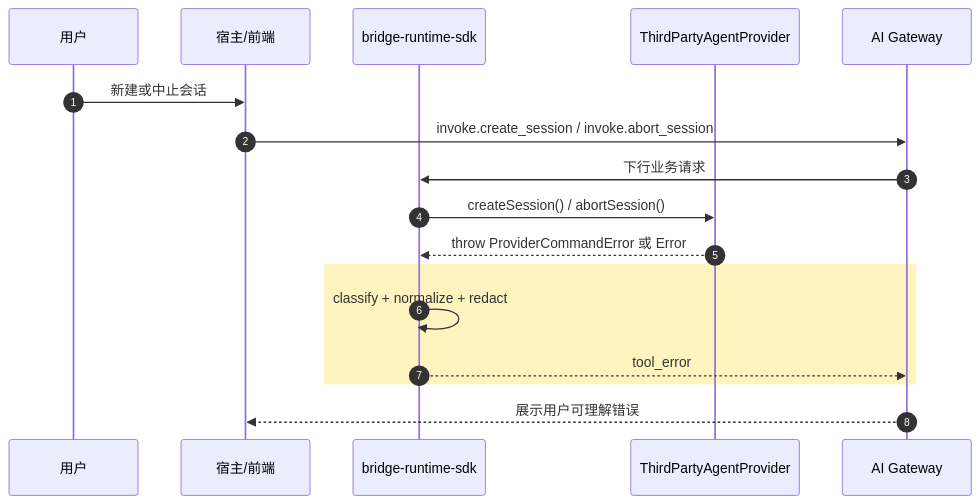
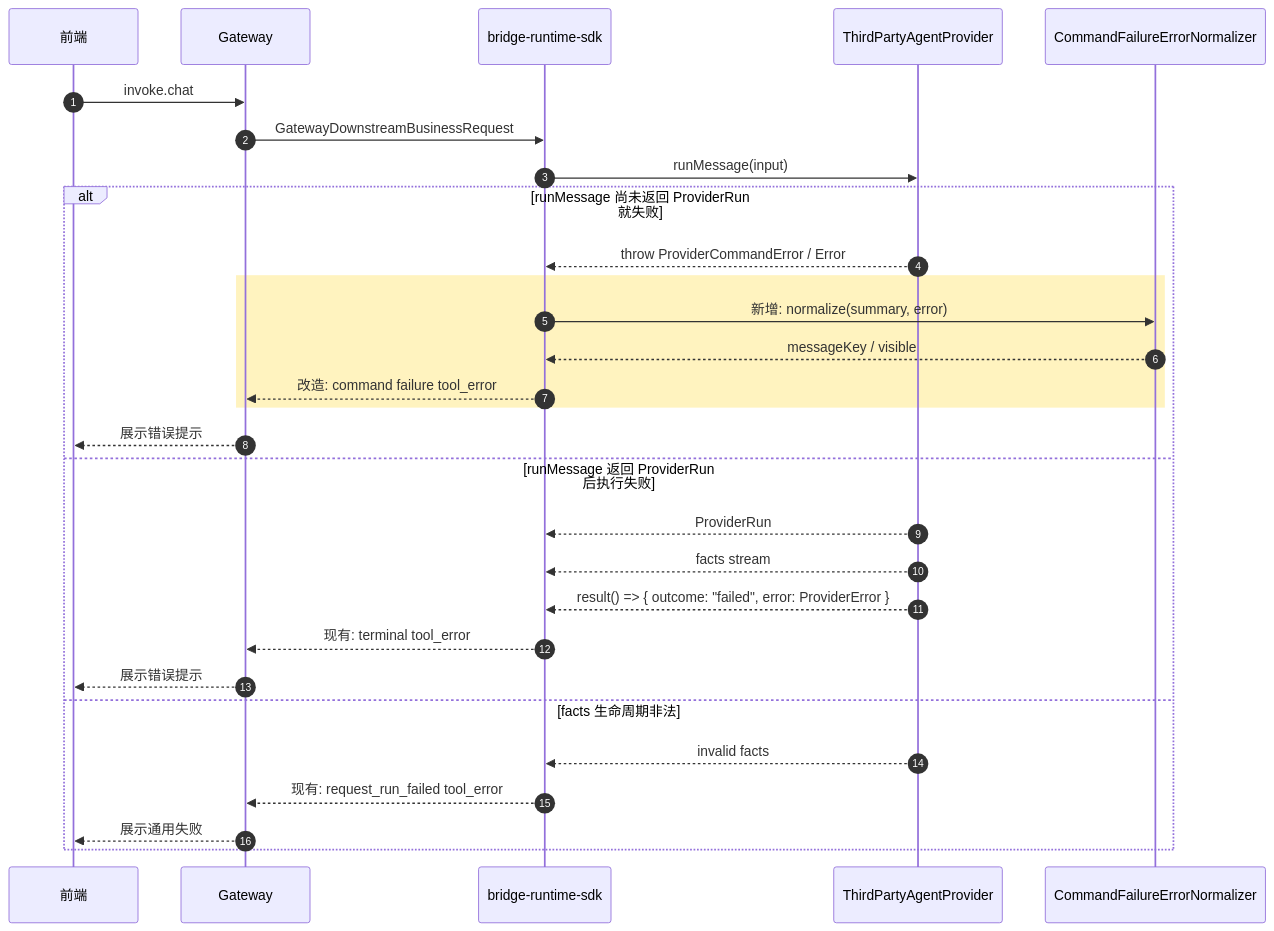
The third of 5 diagrams in docs/design/bridge-runtime-sdk-tool-error-exception-solution.md (yuzhangCZ/agent-plugin), drawn with Mermaid before and after one commit. The commit also changed other lines of this file, not shown here.

Commit message:
docs: refine provider api error handling plan

````diff
--- a/docs/design/bridge-runtime-sdk-tool-error-exception-solution.md
+++ b/docs/design/bridge-runtime-sdk-tool-error-exception-solution.md
@@ -110,20 +123,32 @@
 ```mermaid
 sequenceDiagram
     autonumber
-    participant User as 用户
-    participant Host as 宿主/前端
+    participant FE as 前端
+    participant GW as Gateway
     participant SDK as bridge-runtime-sdk
-    participant Provider as ThirdPartyAgentProvider
-    participant Gateway as AI Gateway
+    participant P as ThirdPartyAgentProvider
+    participant N as CommandFailureErrorNormalizer
 
-    User->>Host: 新建或中止会话
-    Host->>Gateway: invoke.create_session / invoke.abort_session
-    Gateway->>SDK: 下行业务请求
-    SDK->>Provider: createSession() / abortSession()
-    Provider-->>SDK: throw ProviderCommandError 或 Error
-    rect rgb(255, 243, 191)
-    SDK->>SDK: classify + normalize + redact
-    SDK-->>Gateway: tool_error
+    FE->>GW: invoke.chat
+    GW->>SDK: GatewayDownstreamBusinessRequest
+    SDK->>P: runMessage(input)
+    alt runMessage 尚未返回 ProviderRun 就失败
+        P-->>SDK: throw ProviderCommandError / Error
+        rect rgb(255, 243, 191)
+        SDK->>N: 新增: normalize(summary, error)
+        N-->>SDK: messageKey / visible
+        SDK-->>GW: 改造: command failure tool_error
+        end
+        GW-->>FE: 展示错误提示
+    else runMessage 返回 ProviderRun 后执行失败
+        P-->>SDK: ProviderRun
+        P-->>SDK: facts stream
+        P-->>SDK: result() => { outcome: "failed", error: ProviderError }
+        SDK-->>GW: 现有: terminal tool_error
+        GW-->>FE: 展示错误提示
+    else facts 生命周期非法
+        P-->>SDK: invalid facts
+        SDK-->>GW: 现有: request_run_failed tool_error
+        GW-->>FE: 展示通用失败
     end
-    Gateway-->>Host: 展示用户可理解错误
 ```
````
